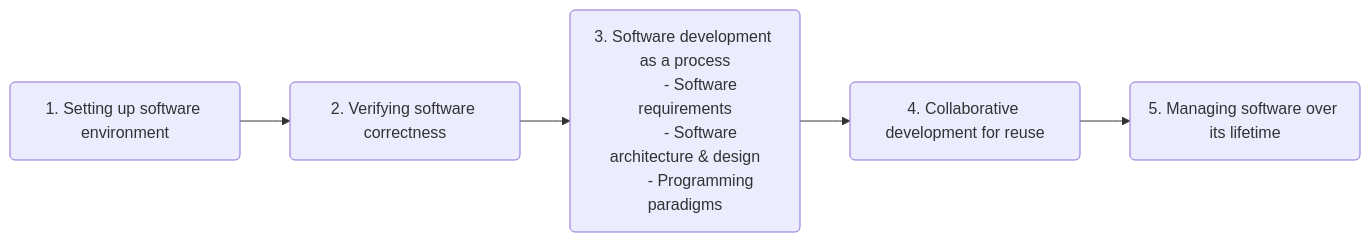
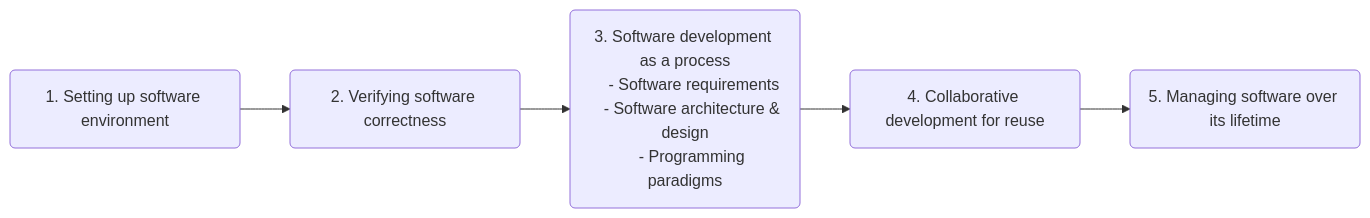
Before and after one commit to carpentries-incubator/python-intermediate-development: the diagram in episodes/30-section3-intro.md, drawn with Mermaid.

````diff
--- a/episodes/30-section3-intro.md
+++ b/episodes/30-section3-intro.md
@@ -28,12 +28,13 @@
 ```mermaid
     flowchart LR
         accDescr {Topics on software engineering process covered in the current section: gathering requirements, software architecture & design, programming paradigms}
         A(1. Setting up software environment)
         A --> B(2. Verifying software correctness)
-        B --> C(3. Software development as a process
-            - Software requirements
-            - Software architecture & design
-            - Programming paradigms)
+        C("`3. Software development as a process
+        - Software requirements
+        - Software architecture & design
+        - Programming paradigms`")
+        B --> C
         C --> D(4. Collaborative development for reuse)
         D --> E(5. Managing software over its lifetime)
 ```
````
